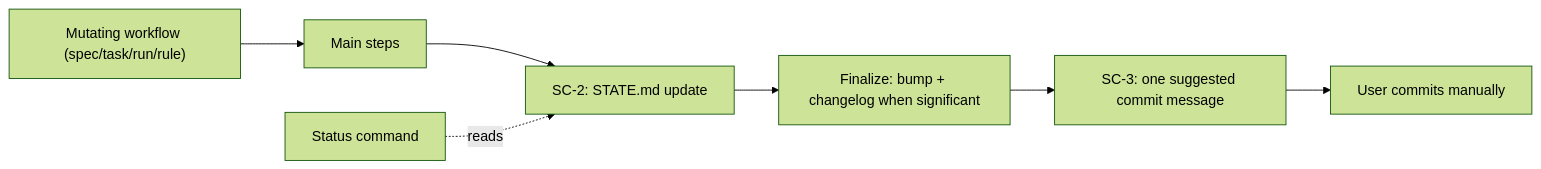
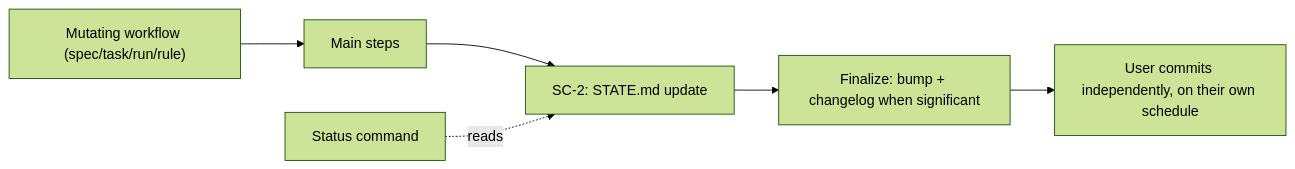
One commit to teratron/magic-spec changed the diagram in .design/engine/specifications/l1-session-continuity.md. Above: the diagram before and after it, drawn with Mermaid (forest theme). The commit also changed other lines of this file and 26 other files, not shown here.

````diff
--- a/.design/engine/specifications/l1-session-continuity.md
+++ b/.design/engine/specifications/l1-session-continuity.md
@@ -111,9 +114,8 @@
 ```mermaid
 graph LR
     A["Mutating workflow (spec/task/run/rule)"] --> B["Main steps"]
     B --> C["SC-2: STATE.md update"]
     C --> D["Finalize: bump + changelog when significant"]
-    D --> E["SC-3: one suggested commit message"]
-    E --> F["User commits manually"]
-    G["Status command"] -. reads .-> C
+    D --> E["User commits independently, on their own schedule"]
+    F["Status command"] -. reads .-> C
 ```
````
